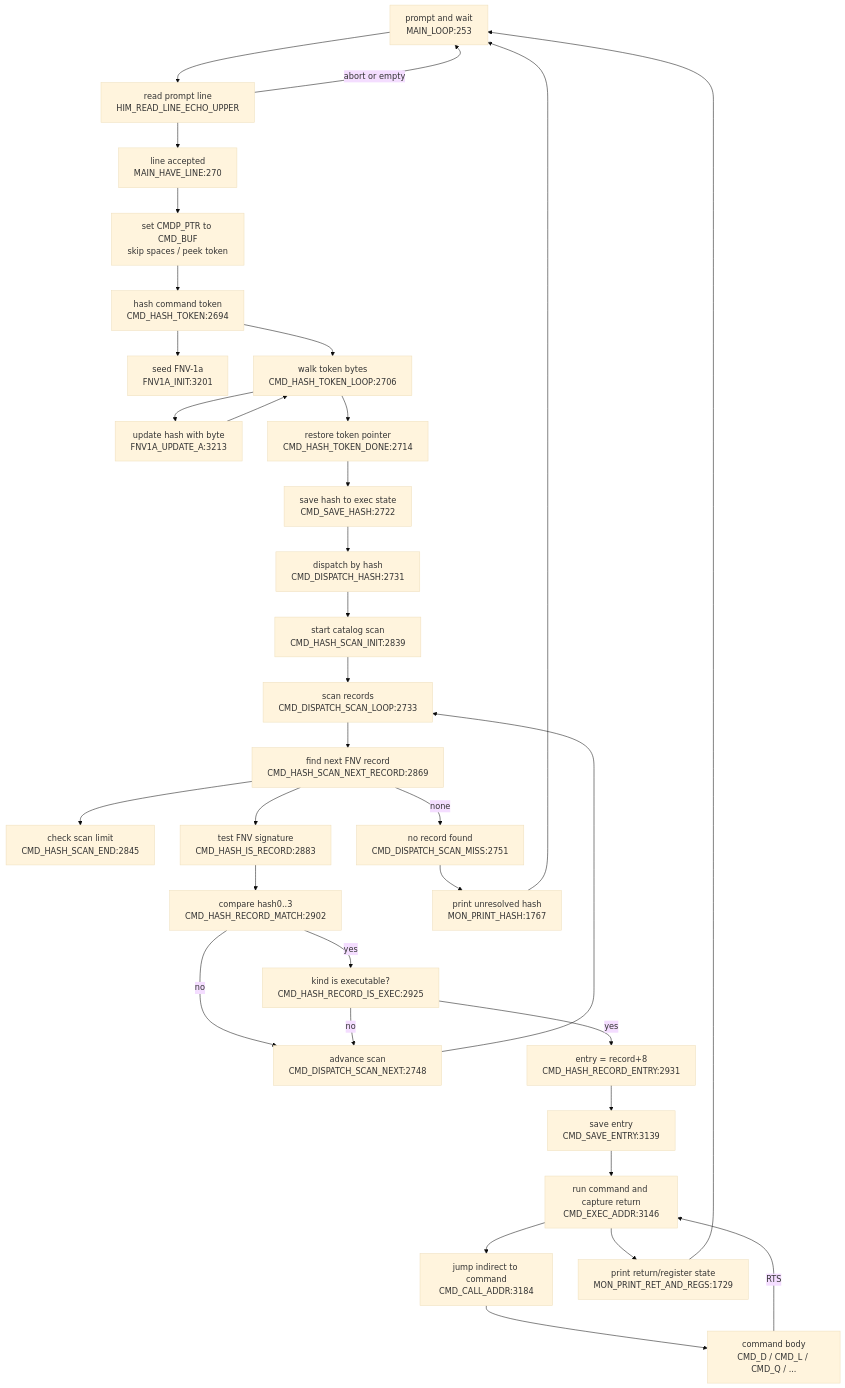
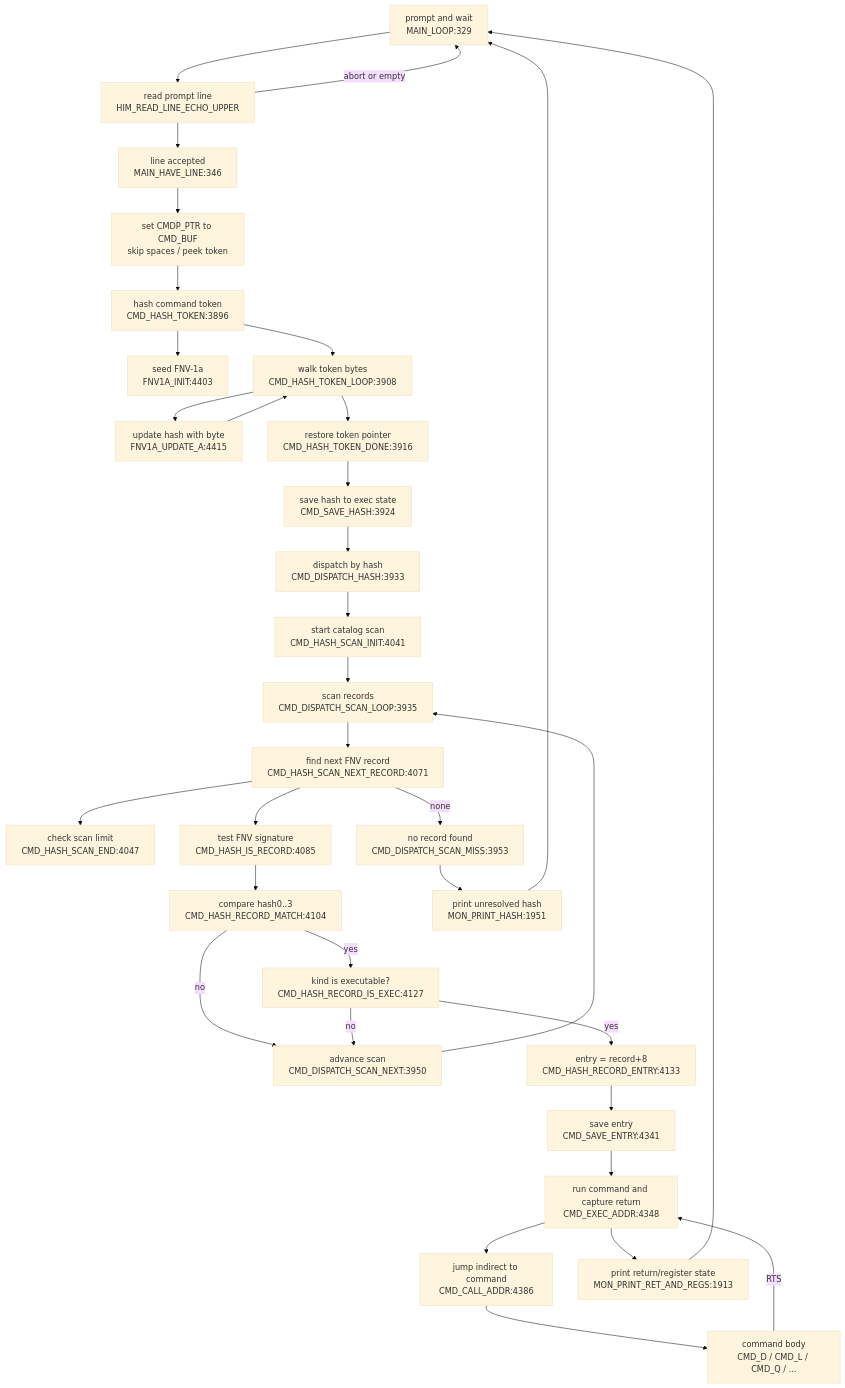
Before and after one commit to 95westus/R-YORS: the diagram in DOC/GENERATED/CMD_FLOW_MAP.md, drawn with Mermaid (base theme). The commit also changed other lines of this file and 49 other files, not shown here.

````diff
--- a/DOC/GENERATED/CMD_FLOW_MAP.md
+++ b/DOC/GENERATED/CMD_FLOW_MAP.md
@@ -10,36 +10,36 @@
 ```mermaid
 flowchart TD
-    LOOP["prompt and wait<br/>MAIN_LOOP:253"] --> READ["read prompt line<br/>HIM_READ_LINE_ECHO_UPPER"]
-    READ --> HAVE["line accepted<br/>MAIN_HAVE_LINE:270"]
+    LOOP["prompt and wait<br/>MAIN_LOOP:329"] --> READ["read prompt line<br/>HIM_READ_LINE_ECHO_UPPER"]
+    READ --> HAVE["line accepted<br/>MAIN_HAVE_LINE:346"]
     READ -->|abort or empty| LOOP
     HAVE --> PREP["set CMDP_PTR to CMD_BUF<br/>skip spaces / peek token"]
-    PREP --> HASH["hash command token<br/>CMD_HASH_TOKEN:2694"]
-    HASH --> FNVINIT["seed FNV-1a<br/>FNV1A_INIT:3201"]
-    HASH --> HASHLOOP["walk token bytes<br/>CMD_HASH_TOKEN_LOOP:2706"]
-    HASHLOOP --> UPDATE["update hash with byte<br/>FNV1A_UPDATE_A:3213"]
+    PREP --> HASH["hash command token<br/>CMD_HASH_TOKEN:3896"]
+    HASH --> FNVINIT["seed FNV-1a<br/>FNV1A_INIT:4403"]
+    HASH --> HASHLOOP["walk token bytes<br/>CMD_HASH_TOKEN_LOOP:3908"]
+    HASHLOOP --> UPDATE["update hash with byte<br/>FNV1A_UPDATE_A:4415"]
     UPDATE --> HASHLOOP
-    HASHLOOP --> DONE["restore token pointer<br/>CMD_HASH_TOKEN_DONE:2714"]
-    DONE --> SAVEHASH["save hash to exec state<br/>CMD_SAVE_HASH:2722"]
-    SAVEHASH --> DISPATCH["dispatch by hash<br/>CMD_DISPATCH_HASH:2731"]
-    DISPATCH --> SCANINIT["start catalog scan<br/>CMD_HASH_SCAN_INIT:2839"]
-    SCANINIT --> SCANLOOP["scan records<br/>CMD_DISPATCH_SCAN_LOOP:2733"]
-    SCANLOOP --> NEXTREC["find next FNV record<br/>CMD_HASH_SCAN_NEXT_RECORD:2869"]
-    NEXTREC --> ENDCHK["check scan limit<br/>CMD_HASH_SCAN_END:2845"]
-    NEXTREC --> ISREC["test FNV signature<br/>CMD_HASH_IS_RECORD:2883"]
-    NEXTREC -->|none| MISS["no record found<br/>CMD_DISPATCH_SCAN_MISS:2751"]
-    ISREC --> MATCH["compare hash0..3<br/>CMD_HASH_RECORD_MATCH:2902"]
-    MATCH -->|no| ADV["advance scan<br/>CMD_DISPATCH_SCAN_NEXT:2748"]
+    HASHLOOP --> DONE["restore token pointer<br/>CMD_HASH_TOKEN_DONE:3916"]
+    DONE --> SAVEHASH["save hash to exec state<br/>CMD_SAVE_HASH:3924"]
+    SAVEHASH --> DISPATCH["dispatch by hash<br/>CMD_DISPATCH_HASH:3933"]
+    DISPATCH --> SCANINIT["start catalog scan<br/>CMD_HASH_SCAN_INIT:4041"]
+    SCANINIT --> SCANLOOP["scan records<br/>CMD_DISPATCH_SCAN_LOOP:3935"]
+    SCANLOOP --> NEXTREC["find next FNV record<br/>CMD_HASH_SCAN_NEXT_RECORD:4071"]
+    NEXTREC --> ENDCHK["check scan limit<br/>CMD_HASH_SCAN_END:4047"]
+    NEXTREC --> ISREC["test FNV signature<br/>CMD_HASH_IS_RECORD:4085"]
+    NEXTREC -->|none| MISS["no record found<br/>CMD_DISPATCH_SCAN_MISS:3953"]
+    ISREC --> MATCH["compare hash0..3<br/>CMD_HASH_RECORD_MATCH:4104"]
+    MATCH -->|no| ADV["advance scan<br/>CMD_DISPATCH_SCAN_NEXT:3950"]
     ADV --> SCANLOOP
-    MATCH -->|yes| EXECOK["kind is executable?<br/>CMD_HASH_RECORD_IS_EXEC:2925"]
+    MATCH -->|yes| EXECOK["kind is executable?<br/>CMD_HASH_RECORD_IS_EXEC:4127"]
     EXECOK -->|no| ADV
-    EXECOK -->|yes| ENTRY["entry = record+8<br/>CMD_HASH_RECORD_ENTRY:2931"]
-    ENTRY --> SAVEENTRY["save entry<br/>CMD_SAVE_ENTRY:3139"]
-    SAVEENTRY --> RUN["run command and capture return<br/>CMD_EXEC_ADDR:3146"]
-    RUN --> CALL["jump indirect to command<br/>CMD_CALL_ADDR:3184"]
+    EXECOK -->|yes| ENTRY["entry = record+8<br/>CMD_HASH_RECORD_ENTRY:4133"]
+    ENTRY --> SAVEENTRY["save entry<br/>CMD_SAVE_ENTRY:4341"]
+    SAVEENTRY --> RUN["run command and capture return<br/>CMD_EXEC_ADDR:4348"]
+    RUN --> CALL["jump indirect to command<br/>CMD_CALL_ADDR:4386"]
     CALL --> BODY["command body<br/>CMD_D / CMD_L / CMD_Q / ..."]
     BODY -->|RTS| RUN
-    RUN --> RETPRINT["print return/register state<br/>MON_PRINT_RET_AND_REGS:1729"]
+    RUN --> RETPRINT["print return/register state<br/>MON_PRINT_RET_AND_REGS:1913"]
     RETPRINT --> LOOP
-    MISS --> PRHASH["print unresolved hash<br/>MON_PRINT_HASH:1767"]
+    MISS --> PRHASH["print unresolved hash<br/>MON_PRINT_HASH:1951"]
     PRHASH --> LOOP
 ```
````
